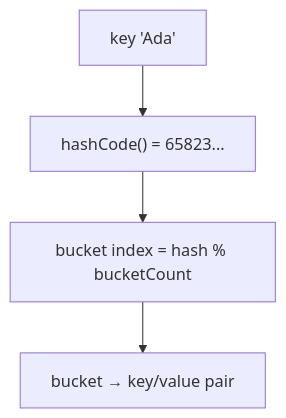
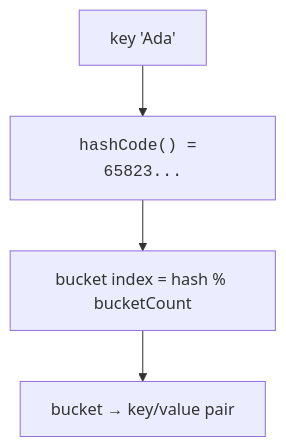
The second of 2 diagrams in content/learn/java-programming-for-beginners/maps-and-sets.mdx (dataslope/dataslope), drawn with Mermaid before and after one commit. The commit also changed 153 other files, not shown here.

First line of the commit message:
Render code-only mermaid shapes in monospace; convert step sequences to Steps

````diff
--- a/content/learn/java-programming-for-beginners/maps-and-sets.mdx
+++ b/content/learn/java-programming-for-beginners/maps-and-sets.mdx
@@ -123,6 +123,6 @@
 ```mermaid
 flowchart TD
-    K["key 'Ada'"] --> H["hashCode() = 65823..."]
+    K["key 'Ada'"] --> H["<code>hashCode() = 65823...</code>"]
     H --> B["bucket index = hash % bucketCount"]
     B --> Bucket["bucket → key/value pair"]
 ```
````
